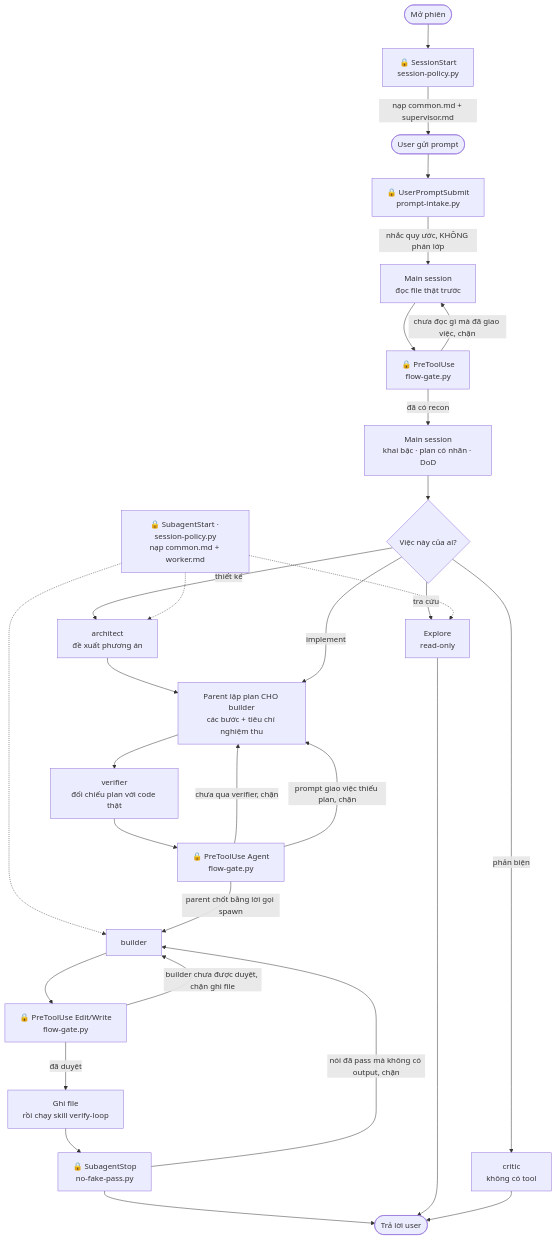
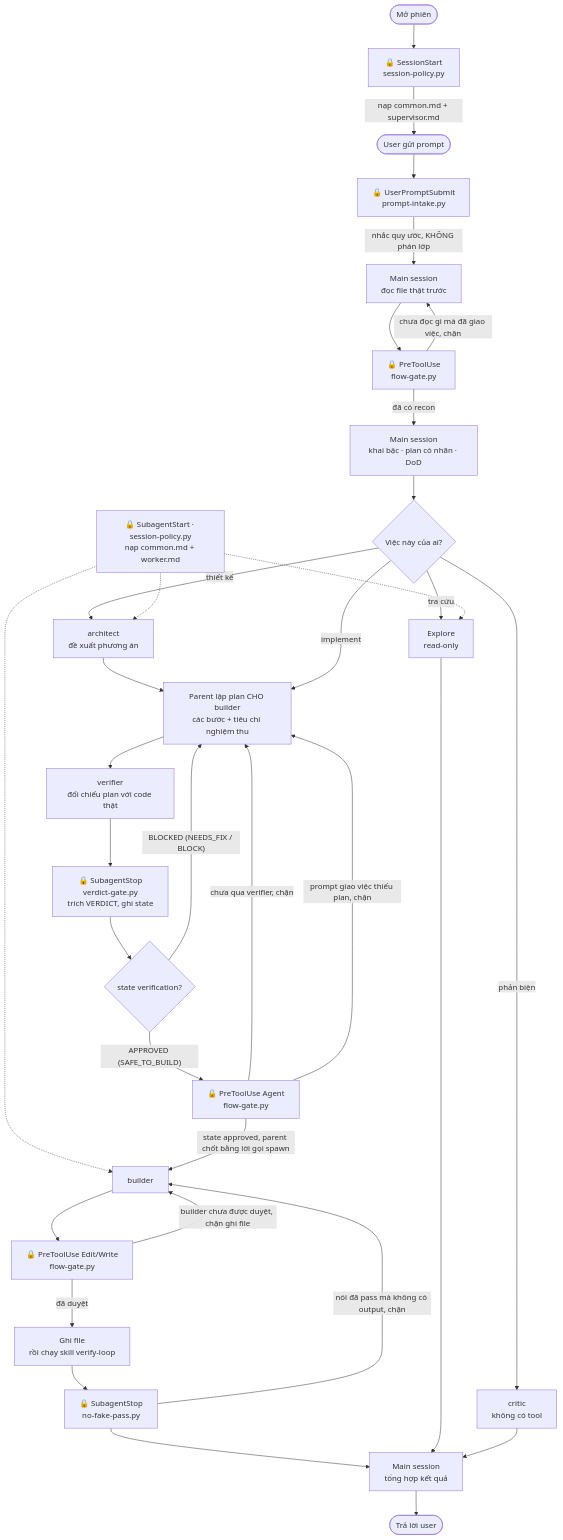
The diagram in README.md (nhattamgithub1999/agent-kit), drawn with Mermaid before and after one commit. The commit also changed other lines of this file and 6 other files, not shown here.

````diff
--- a/README.md
+++ b/README.md
@@ -58,36 +58,40 @@
 ```mermaid
 flowchart TD
     S([Mở phiên]) --> H1["🔒 SessionStart<br/>session-policy.py"]
     H1 -->|"nạp common.md + supervisor.md"| P([User gửi prompt])
     P --> H2["🔒 UserPromptSubmit<br/>prompt-intake.py"]
     H2 -->|"nhắc quy ước, KHÔNG phán lớp"| RC["Main session<br/>đọc file thật trước"]
     RC --> H6["🔒 PreToolUse<br/>flow-gate.py"]
     H6 -->|"chưa đọc gì mà đã giao việc, chặn"| RC
     H6 -->|"đã có recon"| M["Main session<br/>khai bậc · plan có nhãn · DoD"]
     M --> DEL{"Việc này của ai?"}
 
     DEL -->|"tra cứu"| EX["Explore<br/>read-only"]
     DEL -->|"thiết kế"| AR["architect<br/>đề xuất phương án"]
     DEL -->|"phản biện"| CR["critic<br/>không có tool"]
 
     H8["🔒 SubagentStart · session-policy.py<br/>nạp common.md + worker.md"]
     H8 -.-> EX
     H8 -.-> AR
     H8 -.-> BU
     AR --> PL
     DEL -->|"implement"| PL["Parent lập plan CHO builder<br/>các bước + tiêu chí nghiệm thu"]
     PL --> VE["verifier<br/>đối chiếu plan với code thật"]
-    VE --> H7["🔒 PreToolUse Agent<br/>flow-gate.py"]
+    VE --> H9["🔒 SubagentStop<br/>verdict-gate.py<br/>trích VERDICT, ghi state"]
+    H9 --> VDEC{"state verification?"}
+    VDEC -->|"BLOCKED (NEEDS_FIX / BLOCK)"| PL
+    VDEC -->|"APPROVED (SAFE_TO_BUILD)"| H7["🔒 PreToolUse Agent<br/>flow-gate.py"]
     H7 -->|"chưa qua verifier, chặn"| PL
     H7 -->|"prompt giao việc thiếu plan, chặn"| PL
-    H7 -->|"parent chốt bằng lời gọi spawn"| BU["builder"]
+    H7 -->|"state approved, parent chốt bằng lời gọi spawn"| BU["builder"]
 
     BU --> H3["🔒 PreToolUse Edit/Write<br/>flow-gate.py"]
     H3 -->|"builder chưa được duyệt, chặn ghi file"| BU
     H3 -->|"đã duyệt"| WR["Ghi file<br/>rồi chạy skill verify-loop"]
     WR --> H4["🔒 SubagentStop<br/>no-fake-pass.py"]
     H4 -->|"nói đã pass mà không có output, chặn"| BU
-    H4 --> OUT([Trả lời user])
-    EX --> OUT
-    CR --> OUT
+    H4 --> SYN["Main session<br/>tổng hợp kết quả"]
+    EX --> SYN
+    CR --> SYN
+    SYN --> OUT([Trả lời user])
 ```
````
